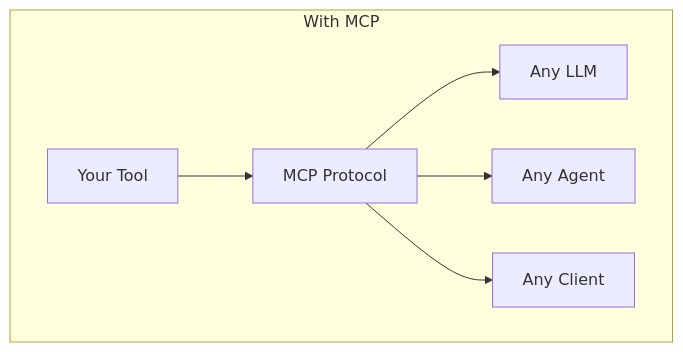
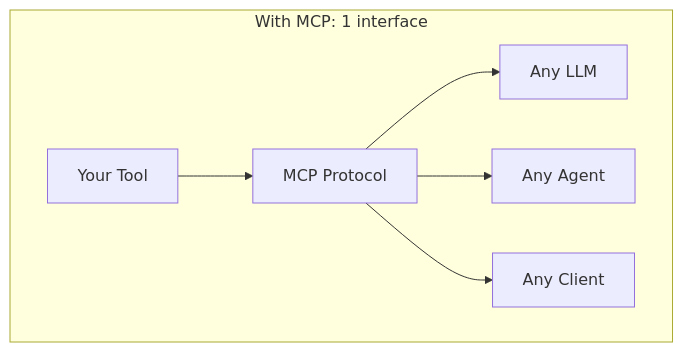
One commit to Casys-AI/casys-pml changed the second of 4 diagrams in src/web/posts/2025-12-18-why-mcp-protocol.md. Above: the diagram before and after it, drawn with Mermaid. The commit also changed other lines of this file and 3 other files, not shown here.

````diff
--- a/src/web/posts/2025-12-18-why-mcp-protocol.md
+++ b/src/web/posts/2025-12-18-why-mcp-protocol.md
@@ -48,9 +59,9 @@
 ```mermaid
 graph TD
-    subgraph "With MCP"
+    subgraph "With MCP: 1 interface"
         T1[Your Tool] --> MCP[MCP Protocol]
         MCP --> M1[Any LLM]
         MCP --> M2[Any Agent]
         MCP --> M3[Any Client]
     end
 ```
````
